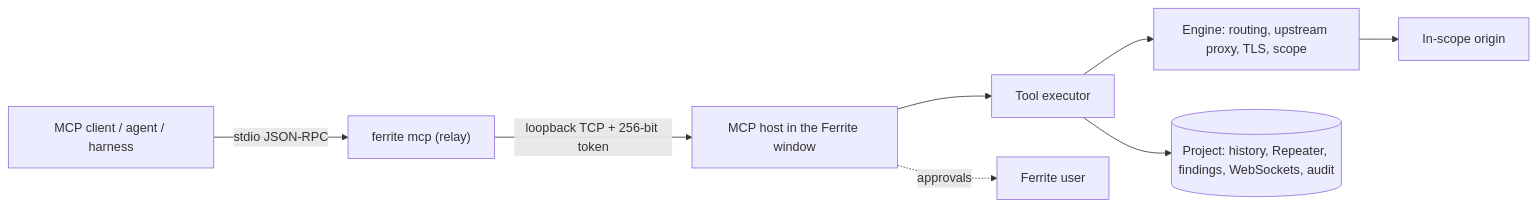
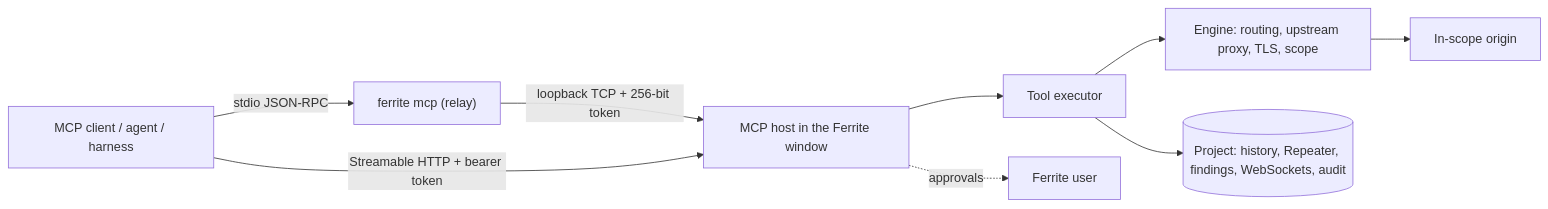
One commit to jrmdev/ferrite changed the diagram in docs/MCP.md. Above: the diagram before and after it, drawn with Mermaid. The commit also changed other lines of this file and 39 other files, not shown here.

````diff
--- a/docs/MCP.md
+++ b/docs/MCP.md
@@ -48,10 +76,11 @@
 ```mermaid
 flowchart LR
     C[MCP client / agent / harness] -- stdio JSON-RPC --> R["ferrite mcp (relay)"]
     R -- loopback TCP + 256-bit token --> H[MCP host in the Ferrite window]
+    C -- Streamable HTTP + bearer token --> H
     H --> T[Tool executor]
     T --> E[Engine: routing, upstream proxy, TLS, scope]
     T --> P[(Project: history, Repeater, findings, WebSockets, audit)]
     E --> O[In-scope origin]
     H -. approvals .-> U[Ferrite user]
 ```
````
